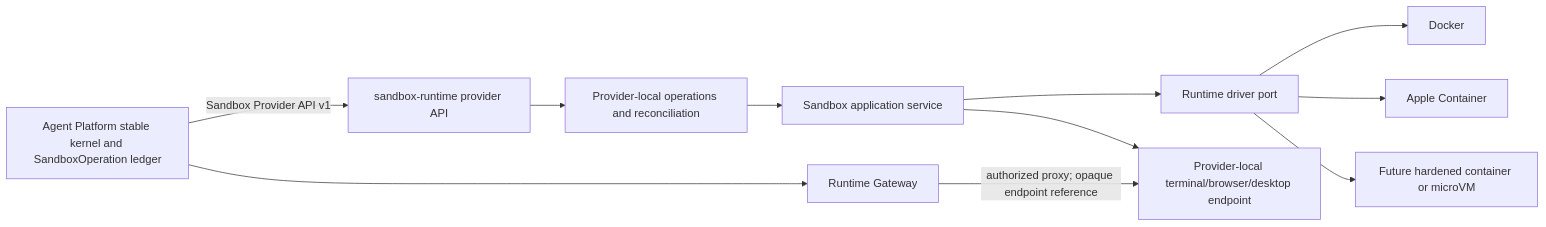
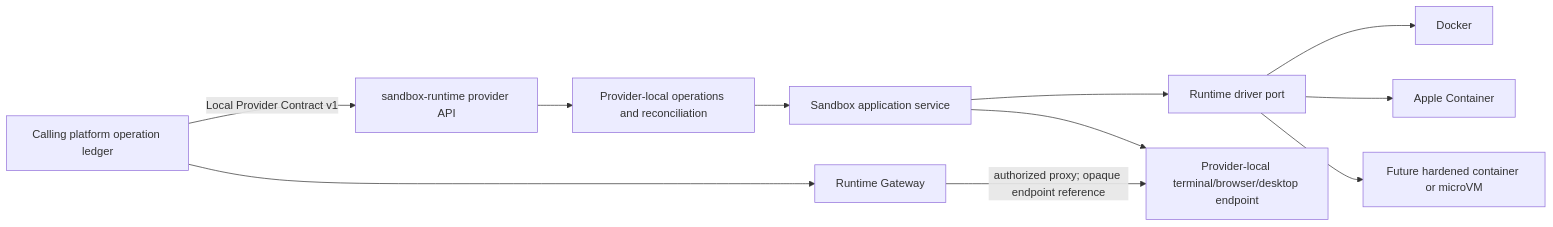
Before and after one commit to shell-echo/sandbox-runtime: the diagram in docs/architecture.md, drawn with Mermaid. The commit also changed other lines of this file and 21 other files, not shown here.

Commit message:
feat: migrate validation to local provider contract

````diff
--- a/docs/architecture.md
+++ b/docs/architecture.md
@@ -47,13 +42,13 @@
 ```mermaid
 flowchart LR
-    AP["Agent Platform stable kernel and SandboxOperation ledger"] -->|"Sandbox Provider API v1"| PA["sandbox-runtime provider API"]
+    AP["Calling platform operation ledger"] -->|"Local Provider Contract v1"| PA["sandbox-runtime provider API"]
     AP --> RG["Runtime Gateway"]
     PA --> OS["Provider-local operations and reconciliation"]
     OS --> SS["Sandbox application service"]
     SS --> DR["Runtime driver port"]
     DR --> DO["Docker"]
     DR --> AC["Apple Container"]
     DR --> VM["Future hardened container or microVM"]
     RG -->|"authorized proxy; opaque endpoint reference"| EP["Provider-local terminal/browser/desktop endpoint"]
     SS --> EP
 ```
````
